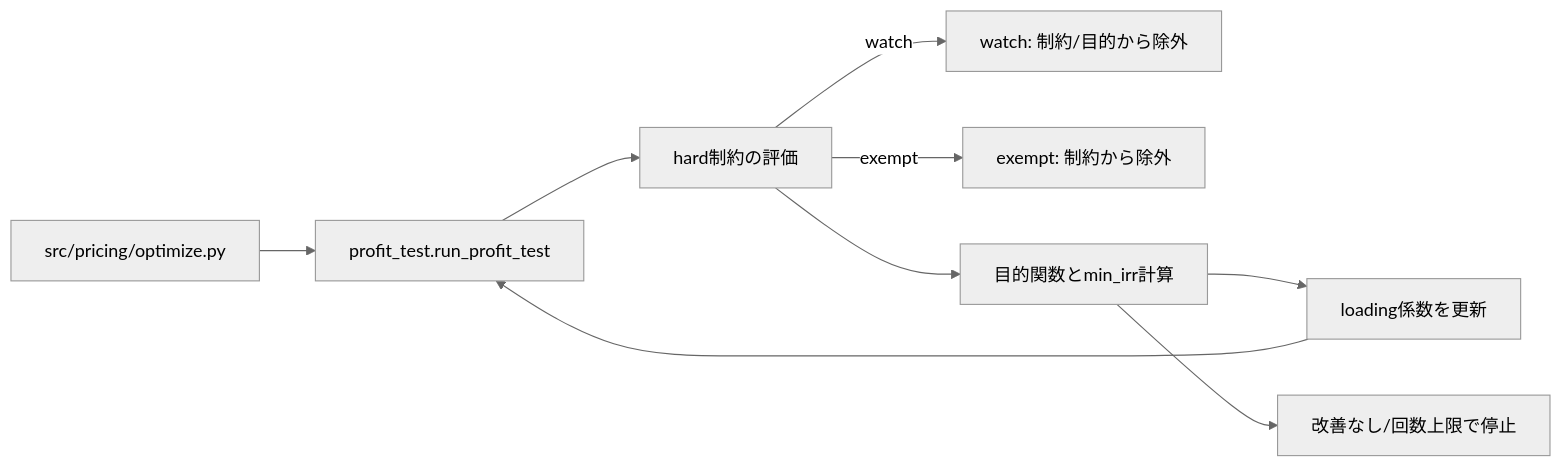
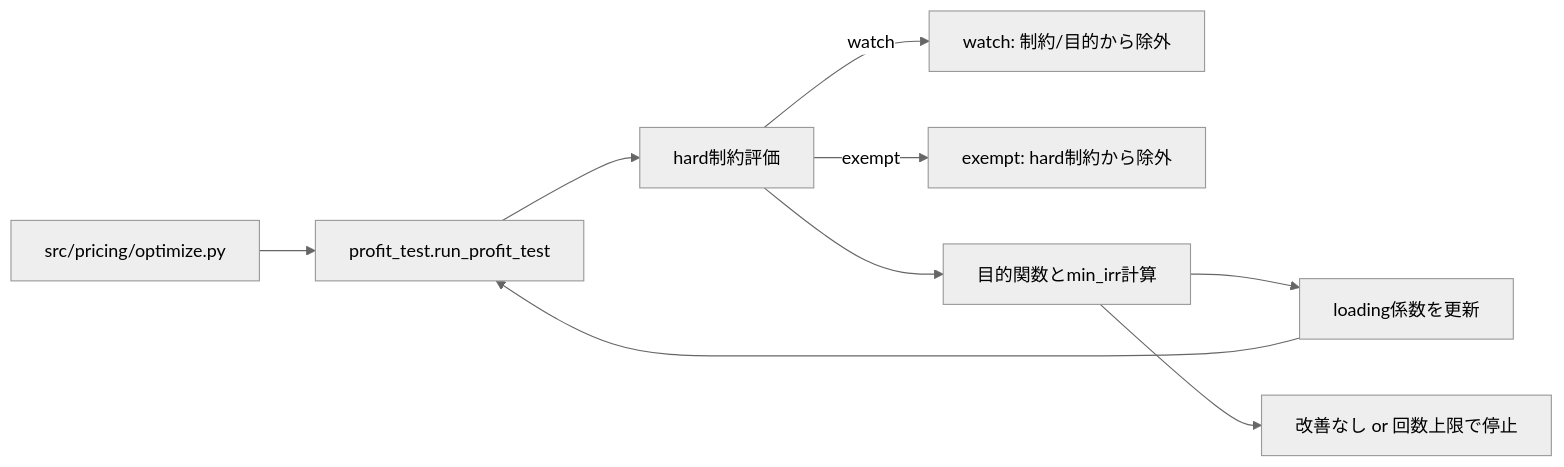
The second of 2 diagrams in README.md (otacake/pricing-automation), drawn with Mermaid (neutral theme) before and after one commit. The commit also changed other lines of this file, not shown here.

````diff
--- a/README.md
+++ b/README.md
@@ -168,11 +176,11 @@
 ```mermaid
 flowchart LR
   Start[src/pricing/optimize.py] --> Eval[profit_test.run_profit_test]
-  Eval --> Constraints[hard制約の評価]
-  Constraints -->|watch| Watch[watch: 制約/目的から除外]
-  Constraints -->|exempt| Exempt[exempt: 制約から除外]
-  Constraints --> Score[目的関数とmin_irr計算]
+  Eval --> Check[hard制約評価]
+  Check -->|watch| Watch[watch: 制約/目的から除外]
+  Check -->|exempt| Exempt[exempt: hard制約から除外]
+  Check --> Score[目的関数とmin_irr計算]
   Score --> Update[loading係数を更新]
   Update --> Eval
-  Score --> Stop[改善なし/回数上限で停止]
+  Score --> Stop[改善なし or 回数上限で停止]
 ```
````
